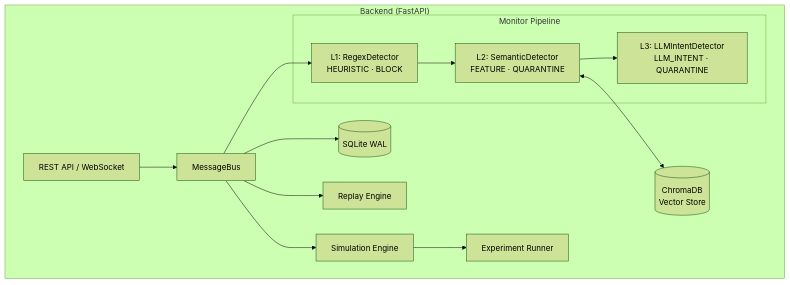
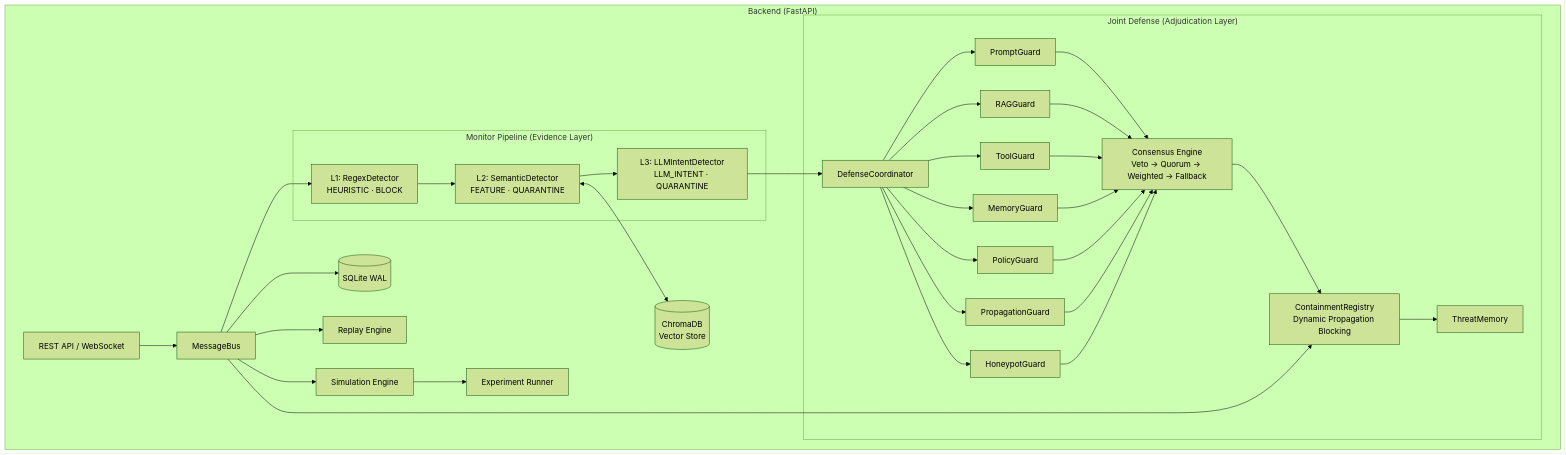
The diagram in README.md (HEEERE/Multi-Agent-Pollution-Defense-Strategy-Lab), drawn with Mermaid (forest theme) before and after one commit. The commit also changed other lines of this file and 30 other files, not shown here.

First line of the commit message:
feat: Multi-Agent Joint Defense — coordinator, consensus, containment

````diff
--- a/README.md
+++ b/README.md
@@ -7,25 +7,43 @@
 ```mermaid
 graph TB
     subgraph Backend["Backend (FastAPI)"]
         API[REST API / WebSocket]
         MB[MessageBus]
-        subgraph Pipeline["Monitor Pipeline"]
+        subgraph Pipeline["Monitor Pipeline (Evidence Layer)"]
             L1[L1: RegexDetector<br/>HEURISTIC · BLOCK]
             L2[L2: SemanticDetector<br/>FEATURE · QUARANTINE]
             L3[L3: LLMIntentDetector<br/>LLM_INTENT · QUARANTINE]
+        end
+        subgraph Defense["Joint Defense (Adjudication Layer)"]
+            DC[DefenseCoordinator]
+            G1[PromptGuard]
+            G2[RAGGuard]
+            G3[ToolGuard]
+            G4[MemoryGuard]
+            G5[PolicyGuard]
+            G6[PropagationGuard]
+            G7[HoneypotGuard]
+            CS[Consensus Engine<br/>Veto → Quorum → Weighted → Fallback]
+            CR[ContainmentRegistry<br/>Dynamic Propagation Blocking]
+            TM[ThreatMemory]
         end
         SIM[Simulation Engine]
         EXP[Experiment Runner]
         RP[Replay Engine]
         DB[(SQLite WAL)]
         VS[(ChromaDB<br/>Vector Store)]
     end
 
     API --> MB
     MB --> L1 --> L2 --> L3
+    L3 --> DC
+    DC --> G1 & G2 & G3 & G4 & G5 & G6 & G7
+    G1 & G2 & G3 & G4 & G5 & G6 & G7 --> CS
+    CS --> CR --> TM
+    MB --> CR
     L2 <--> VS
     MB --> DB
     MB --> SIM
     SIM --> EXP
     MB --> RP
 ```
````
